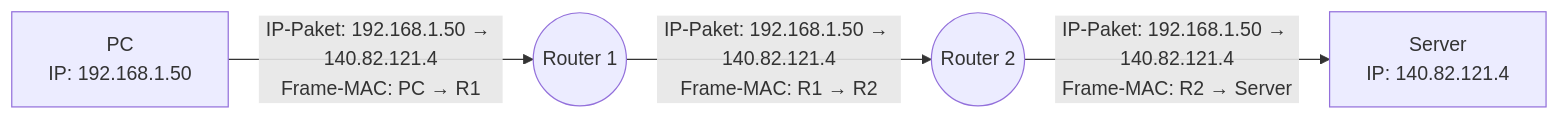
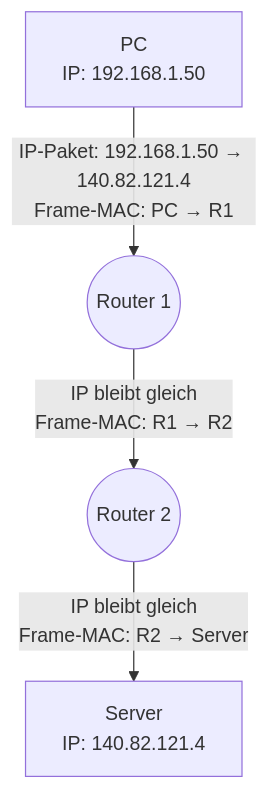
One commit to JacobMenge/kurs-unterlagen changed the third of 4 diagrams in docs/netzwerke/routing-und-switching.md. Above: the diagram before and after it, drawn with Mermaid.

Commit message:
Routing: MAC/IP-Hop-Diagramm auf vertikal umgestellt (Überlappung behoben)

````diff
--- a/docs/netzwerke/routing-und-switching.md
+++ b/docs/netzwerke/routing-und-switching.md
@@ -191,10 +191,10 @@
 ```mermaid
-flowchart LR
+flowchart TB
   A["PC<br/>IP: 192.168.1.50"]
   R1(("Router 1"))
   R2(("Router 2"))
   B["Server<br/>IP: 140.82.121.4"]
   A -- "IP-Paket: 192.168.1.50 → 140.82.121.4<br/>Frame-MAC: PC → R1" --> R1
-  R1 -- "IP-Paket: 192.168.1.50 → 140.82.121.4<br/>Frame-MAC: R1 → R2" --> R2
-  R2 -- "IP-Paket: 192.168.1.50 → 140.82.121.4<br/>Frame-MAC: R2 → Server" --> B
+  R1 -- "IP bleibt gleich<br/>Frame-MAC: R1 → R2" --> R2
+  R2 -- "IP bleibt gleich<br/>Frame-MAC: R2 → Server" --> B
 ```
````
